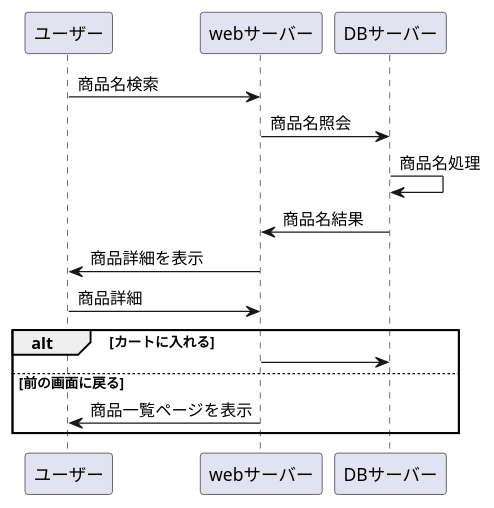
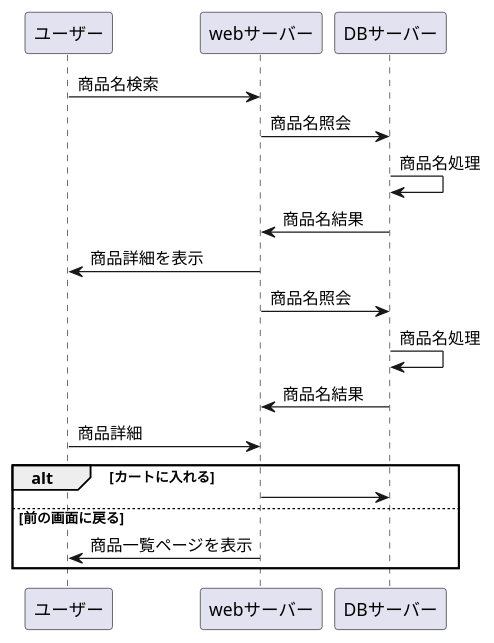
The diagram in syouhinnitirann.md (Aso2001403/2021sys-design), drawn with PlantUML before and after one commit.

````diff
--- a/syouhinnitirann.md
+++ b/syouhinnitirann.md
@@ -1,17 +1,21 @@
 ```uml
 @startuml
 
 
 ユーザー -> webサーバー : 商品名検索
 webサーバー -> DBサーバー : 商品名照会
 DBサーバー -> DBサーバー : 商品名処理
 DBサーバー -> webサーバー : 商品名結果
 webサーバー -> ユーザー : 商品詳細を表示
+webサーバー -> DBサーバー : 商品名照会
+DBサーバー -> DBサーバー : 商品名処理
+DBサーバー -> webサーバー : 商品名結果
+
 ユーザー -> webサーバー : 商品詳細
 alt カートに入れる
  webサーバー -> DBサーバー :
  else 前の画面に戻る
  webサーバー -> ユーザー : 商品一覧ページを表示
  end
 @enduml
 ```
````
